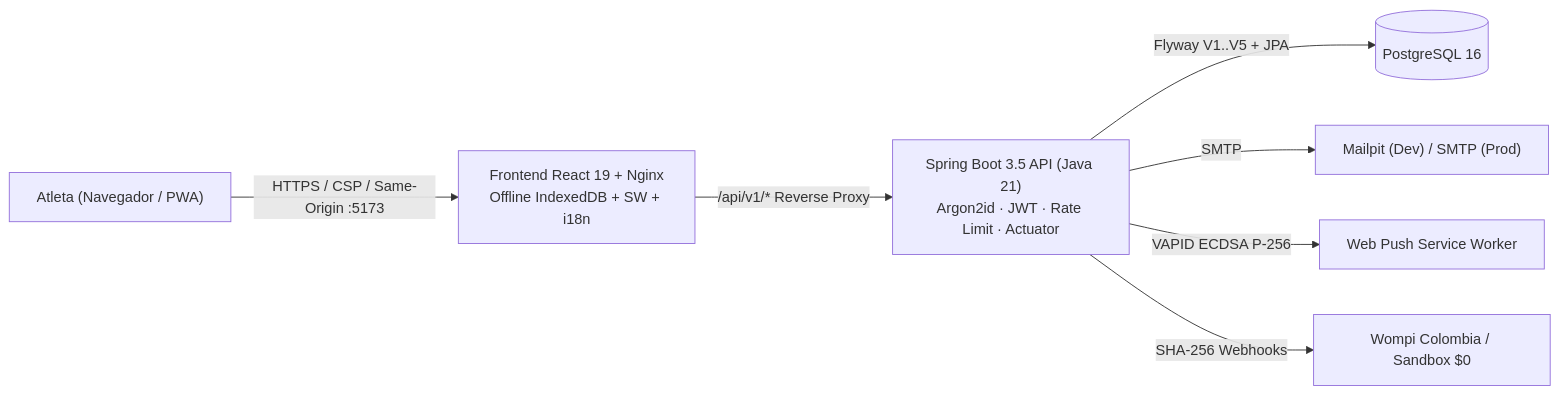
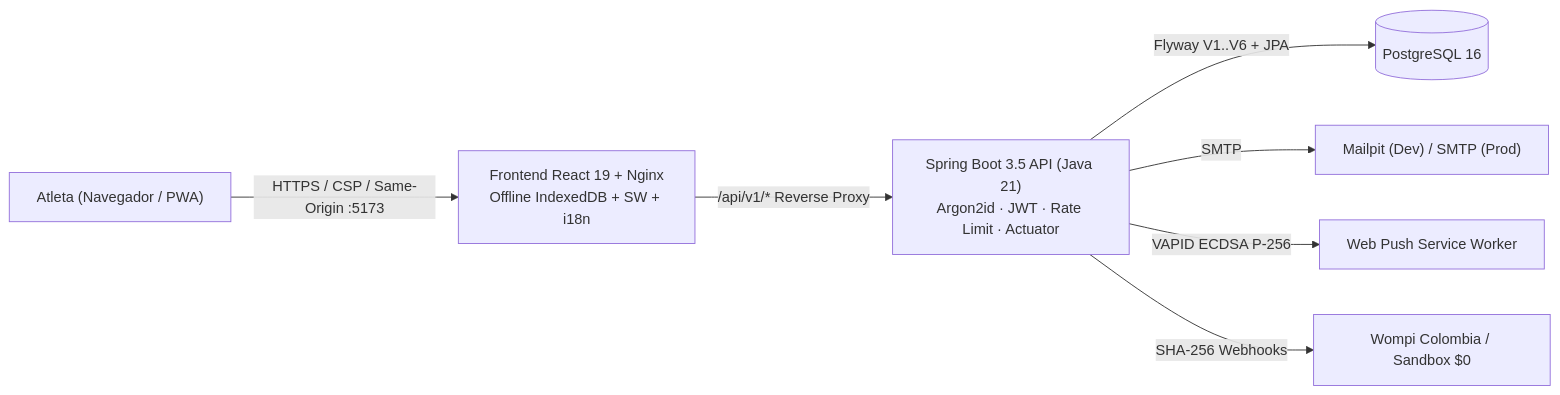
One commit to josezambranol/calis-trainer changed the diagram in README.md. Above: the diagram before and after it, drawn with Mermaid. The commit also changed other lines of this file and 36 other files, not shown here.

````diff
--- a/README.md
+++ b/README.md
@@ -9,9 +9,9 @@
 ```mermaid
 flowchart LR
     User["Atleta (Navegador / PWA)"] -->|"HTTPS / CSP / Same-Origin :5173"| Web["Frontend React 19 + Nginx<br/>Offline IndexedDB + SW + i18n"]
     Web -->|"/api/v1/* Reverse Proxy"| Api["Spring Boot 3.5 API (Java 21)<br/>Argon2id · JWT · Rate Limit · Actuator"]
-    Api -->|"Flyway V1..V5 + JPA"| Db[("PostgreSQL 16")]
+    Api -->|"Flyway V1..V6 + JPA"| Db[("PostgreSQL 16")]
     Api -->|"SMTP"| Mail["Mailpit (Dev) / SMTP (Prod)"]
     Api -->|"VAPID ECDSA P-256"| Push["Web Push Service Worker"]
     Api -->|"SHA-256 Webhooks"| Pay["Wompi Colombia / Sandbox $0"]
 ```
````
